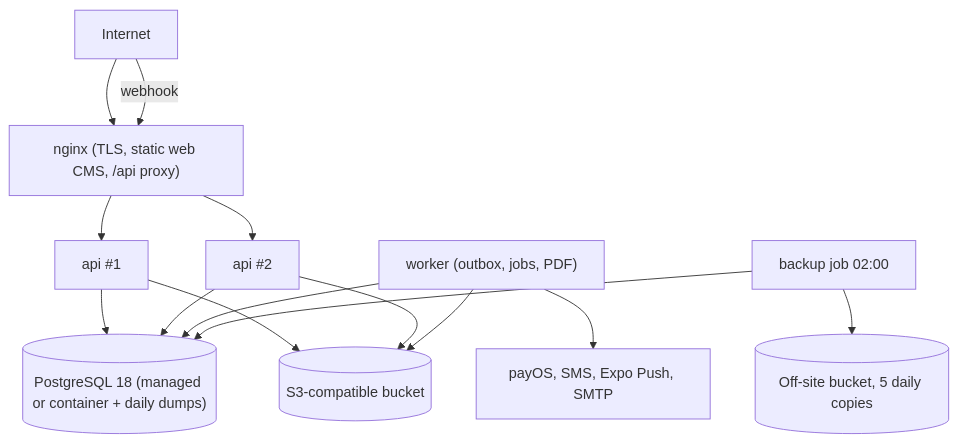
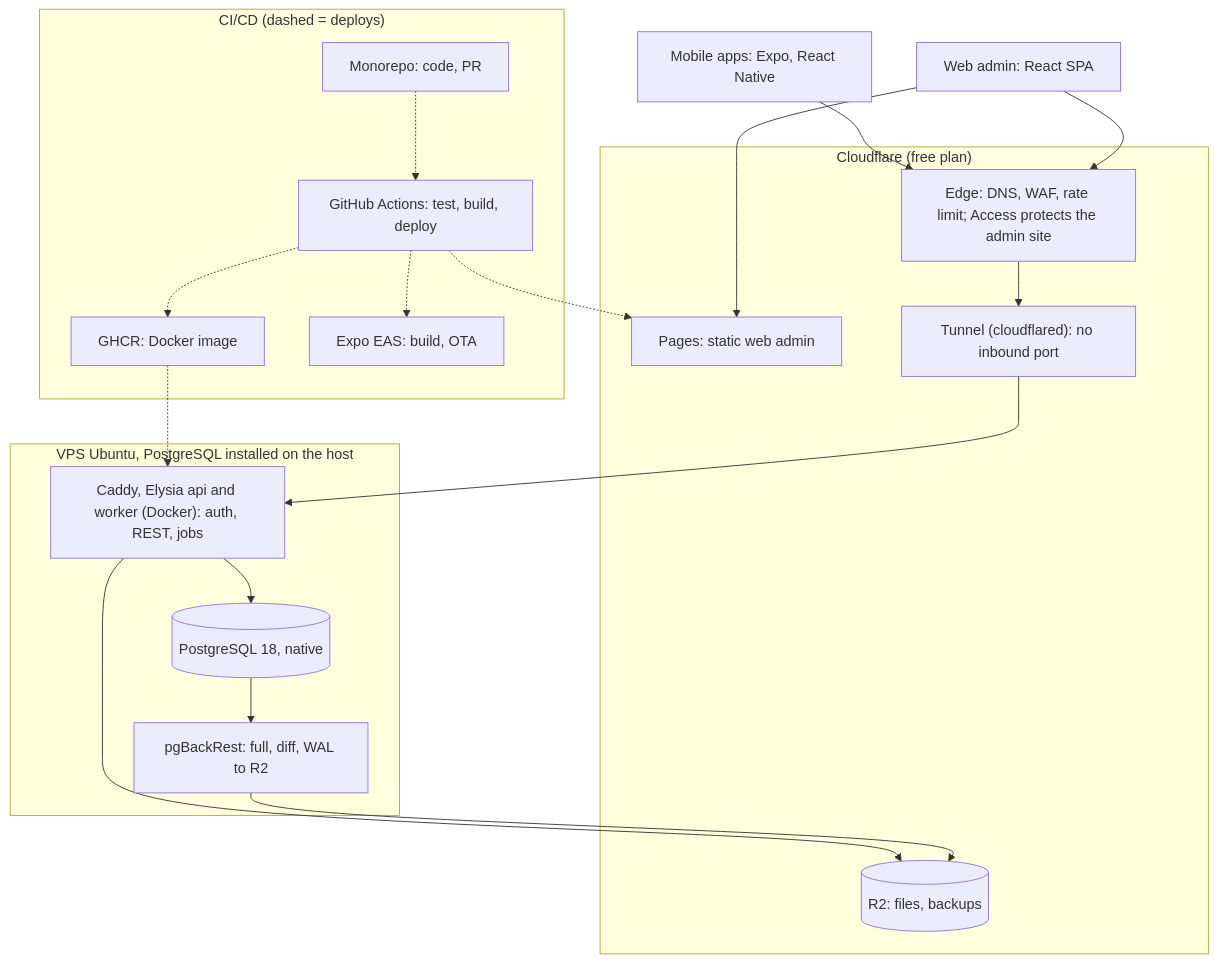
One commit to ninggiangboy/residential-management-system changed diagram 14 of 15 in residential-management-sdd.md. Above: the diagram before and after it, drawn with Mermaid. The commit also changed other lines of this file, not shown here.

First line of the commit message:
docs(sdd): use proper Mermaid diagram types and align §19.1 with DR-83

````diff
--- a/residential-management-sdd.md
+++ b/residential-management-sdd.md
@@ -1672,12 +1727,29 @@
 ```mermaid
-flowchart TD
-  NET["Internet"] --> NG["nginx (TLS, static web CMS, /api proxy)"]
-  NG --> A1["api #1"] & A2["api #2"]
-  A1 & A2 --> PG[("PostgreSQL 18 (managed or container + daily dumps)")]
-  W["worker (outbox, jobs, PDF)"] --> PG
-  A1 & A2 & W --> S3[("S3-compatible bucket")]
-  W --> EXT["payOS, SMS, Expo Push, SMTP"]
-  NET -- "webhook" --> NG
-  BK["backup job 02:00"] --> PG
-  BK --> OFF[("Off-site bucket, 5 daily copies")]
+flowchart TB
+  subgraph CICD["CI/CD (dashed = deploys)"]
+    MONO["Monorepo: code, PR"] -.-> GHA["GitHub Actions: test, build, deploy"]
+    GHA -.-> GHCR["GHCR: Docker image"]
+    GHA -.-> EAS["Expo EAS: build, OTA"]
+  end
+  MOB["Mobile apps: Expo, React Native"] --> EDGE
+  WEB["Web admin: React SPA"] --> PAGES
+  WEB --> EDGE
+  GHA -.-> PAGES
+  subgraph CF["Cloudflare (free plan)"]
+    PAGES["Pages: static web admin"]
+    EDGE["Edge: DNS, WAF, rate limit; Access protects the admin site"]
+    TUN["Tunnel (cloudflared): no inbound port"]
+    R2[("R2: files, backups")]
+    EDGE --> TUN
+  end
+  subgraph VPS["VPS Ubuntu, PostgreSQL installed on the host"]
+    CADDY["Caddy, Elysia api and worker (Docker): auth, REST, jobs"]
+    PG[("PostgreSQL 18, native")]
+    PGB["pgBackRest: full, diff, WAL to R2"]
+    CADDY --> PG --> PGB
+  end
+  TUN --> CADDY
+  CADDY --> R2
+  PGB --> R2
+  GHCR -.-> CADDY
 ```
````
